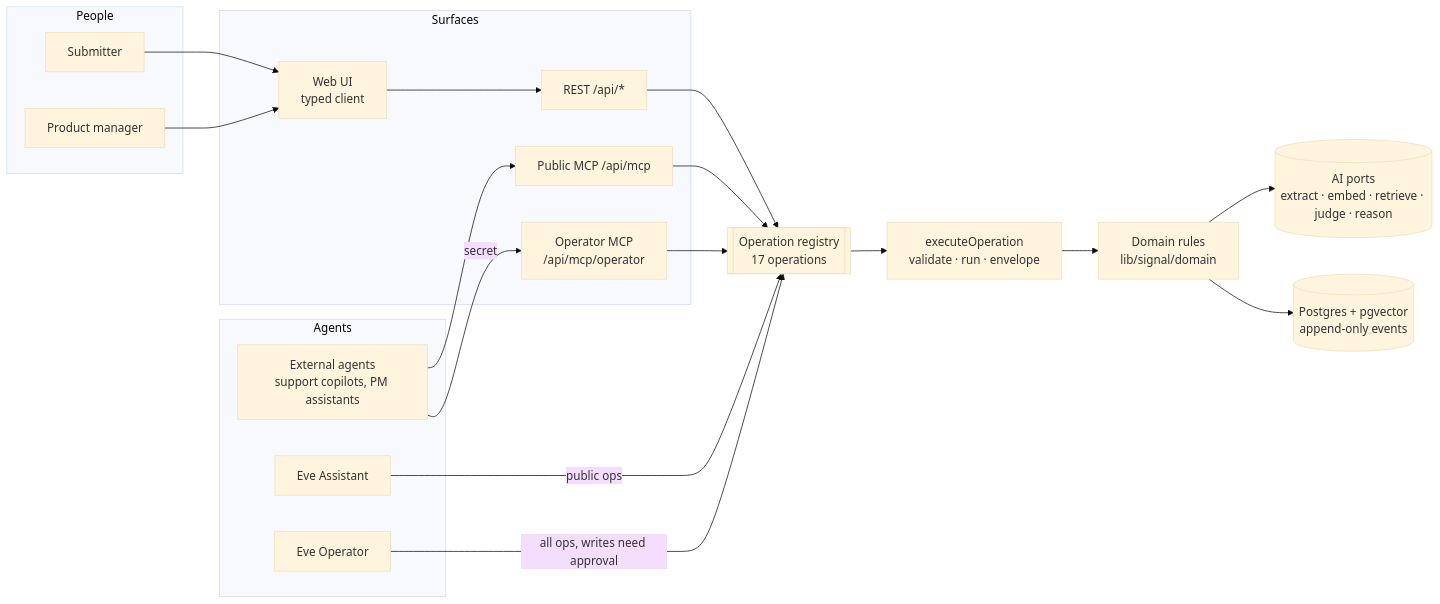
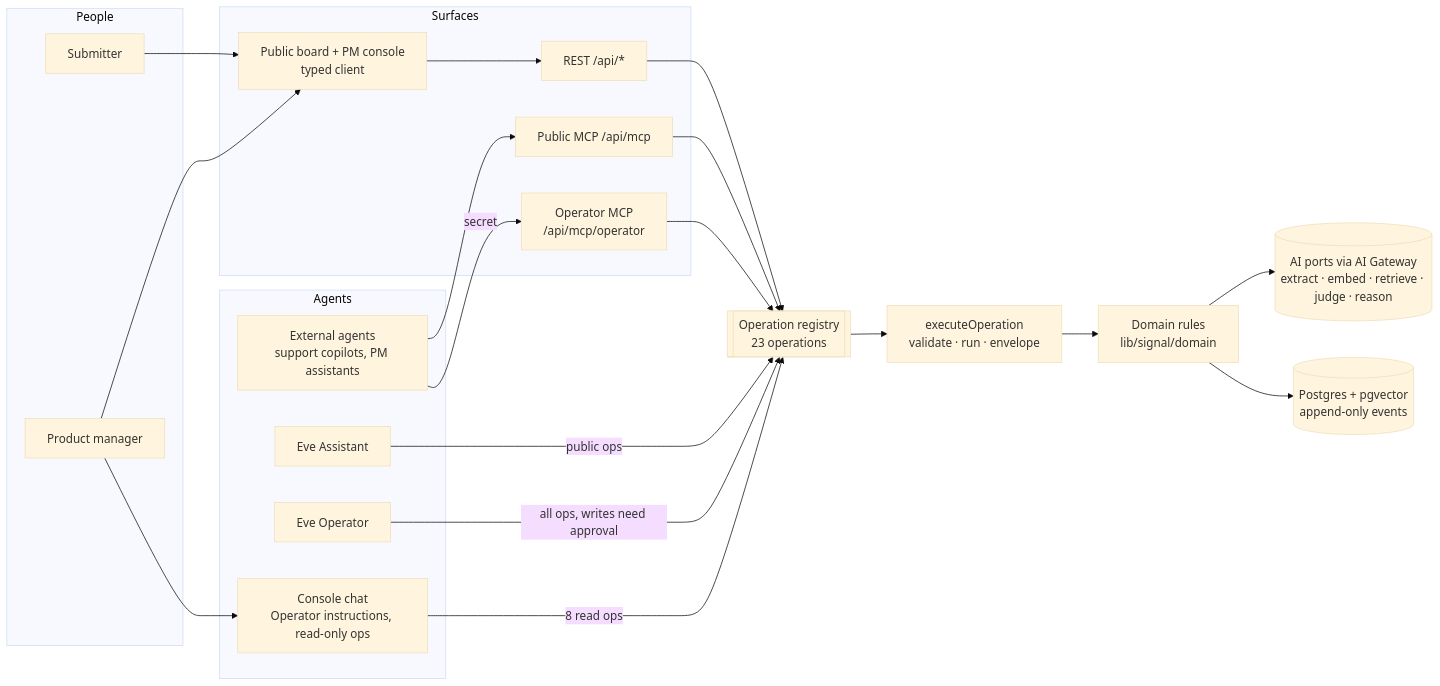
One commit to gaboesquivel/flow-signal changed the diagram in docs/harness/README.md. Above: the diagram before and after it, drawn with Mermaid (base theme). The commit also changed other lines of this file and 7 other files, not shown here.

First line of the commit message:
docs(harness): refresh diagrams for specs 006, 007, and 010 (#12)

````diff
--- a/docs/harness/README.md
+++ b/docs/harness/README.md
@@ -16,36 +16,39 @@
 ```mermaid
 flowchart LR
   subgraph People
     S[Submitter]
     PM[Product manager]
   end
   subgraph Agents
     EXT[External agents<br/>support copilots, PM assistants]
     AST[Eve Assistant]
     OPA[Eve Operator]
+    CC[Console chat<br/>Operator instructions, read-only ops]
   end
   subgraph Surfaces
-    UI[Web UI<br/>typed client]
+    UI[Public board + PM console<br/>typed client]
     REST[REST /api/*]
     PMCP[Public MCP /api/mcp]
     OMCP[Operator MCP<br/>/api/mcp/operator]
   end
-  REG[[Operation registry<br/>17 operations]]
+  REG[[Operation registry<br/>23 operations]]
   EXEC[executeOperation<br/>validate · run · envelope]
   DOM[Domain rules<br/>lib/signal/domain]
-  AI[(AI ports<br/>extract · embed · retrieve · judge · reason)]
+  AI[(AI ports via AI Gateway<br/>extract · embed · retrieve · judge · reason)]
   DB[(Postgres + pgvector<br/>append-only events)]
 
   S --> UI --> REST
   PM --> UI
+  PM --> CC
   EXT --> PMCP
   EXT -->|secret| OMCP
   REST --> REG
   PMCP --> REG
   OMCP --> REG
   AST -->|public ops| REG
   OPA -->|all ops, writes need approval| REG
+  CC -->|8 read ops| REG
   REG --> EXEC --> DOM
   DOM --> AI
   DOM --> DB
 ```
````
